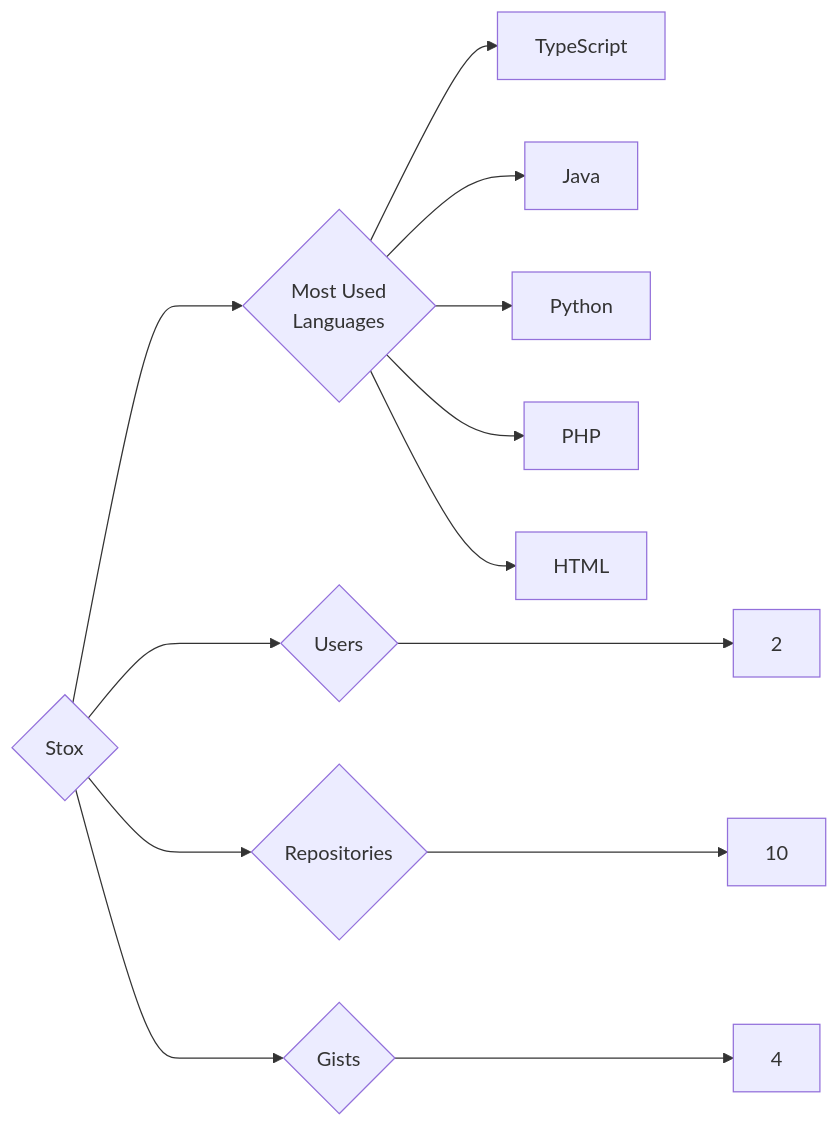
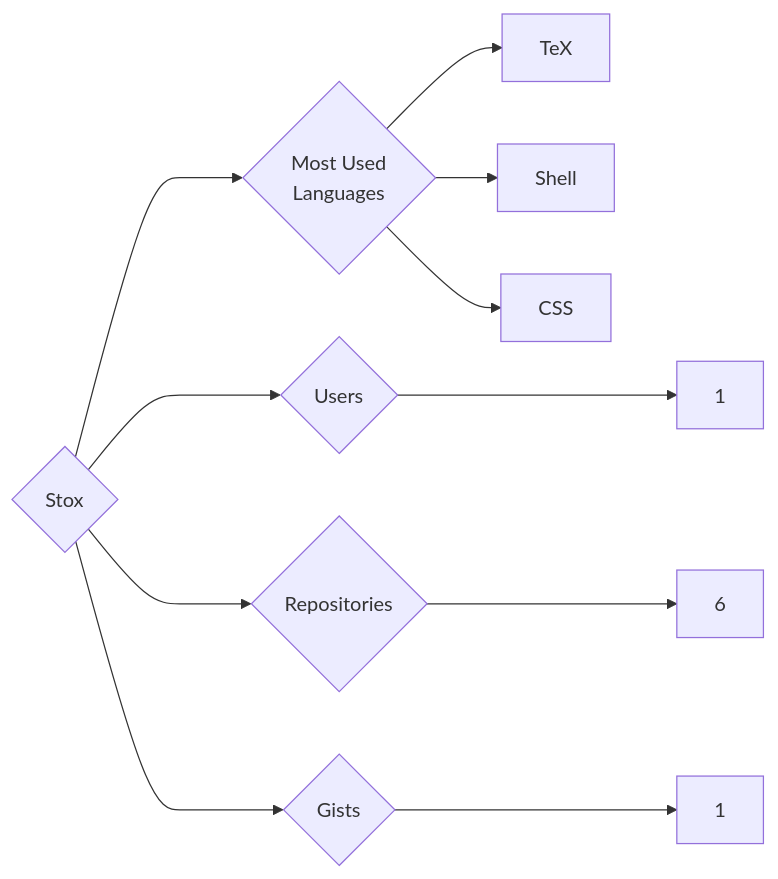
The diagram in targets/Stox/README.md (trickest/insiders), drawn with Mermaid before and after one commit. The commit also changed 976 other files, not shown here.

````diff
--- a/targets/Stox/README.md
+++ b/targets/Stox/README.md
@@ -3,13 +3,11 @@
 ```mermaid
 graph LR
 COMPANY_NAME{Stox}
-COMPANY_NAME ---> U{Users} ---> UN[2]
-COMPANY_NAME ---> R{Repositories} ---> RN[10]
-COMPANY_NAME ---> G{Gists} ---> GN[4]
+COMPANY_NAME ---> U{Users} ---> UN[1]
+COMPANY_NAME ---> R{Repositories} ---> RN[6]
+COMPANY_NAME ---> G{Gists} ---> GN[1]
 COMPANY_NAME ---> ML{Most Used<br>Languages}
-ML --> TypeScript[TypeScript]
-ML --> Java[Java]
-ML --> Python[Python]
-ML --> PHP[PHP]
-ML --> HTML[HTML]
+ML --> TeX[TeX]
+ML --> Shell[Shell]
+ML --> CSS[CSS]
 ```
````
